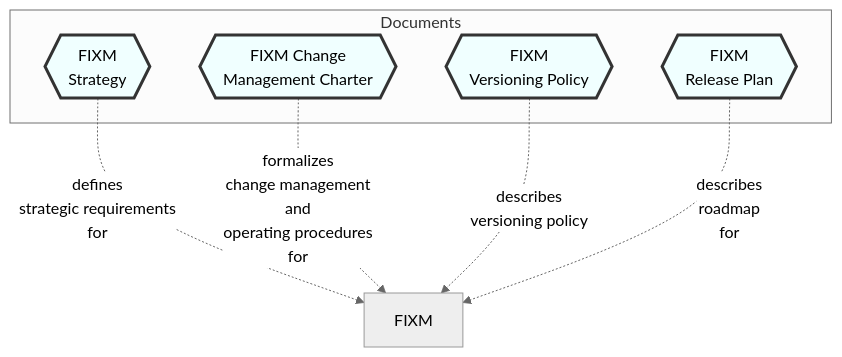
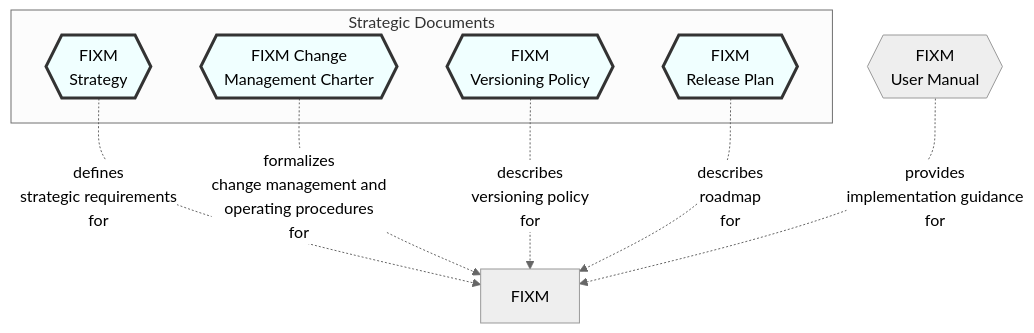
Before and after one commit to hlepori/test_docsify: the diagram in docs/home.md, drawn with Mermaid (neutral theme).

````diff
--- a/docs/home.md
+++ b/docs/home.md
@@ -5,24 +5,26 @@
 ```mermaid
 graph TD
 
 FIXM
+USERMANUAL{{FIXM<br>User Manual}}
 
-subgraph Documents
+subgraph Strategic Documents
 STRATEGY{{FIXM<br>Strategy}}
 CHARTER{{FIXM Change<br>Management Charter}}
 VERSIONING{{FIXM<br>Versioning Policy}}
 RELEASEPLAN{{FIXM<br>Release Plan}}
 end
 
 STRATEGY-. defines<br>strategic requirements<br>for .-> FIXM
-CHARTER-.  formalizes<br>change management<br>and<br>operating procedures<br>for .-> FIXM
-VERSIONING-. describes<br>versioning policy .-> FIXM
+CHARTER-.  formalizes<br>change management and<br>operating procedures<br>for .-> FIXM
+VERSIONING-. describes<br>versioning policy<br>for .-> FIXM
 RELEASEPLAN-. describes<br>roadmap<br>for .-> FIXM
+USERMANUAL-. provides<br>implementation guidance<br>for .-> FIXM
 
 style STRATEGY fill:#F0FFFF,stroke:#333,stroke-width:3px
 style CHARTER fill:#F0FFFF,stroke:#333,stroke-width:3px
 style VERSIONING fill:#F0FFFF,stroke:#333,stroke-width:3px
 style RELEASEPLAN fill:#F0FFFF,stroke:#333,stroke-width:3px
 
 click STRATEGY "https://ost.eurocontrol.int/sites/FIXM/Lists/Bug%20reports/AllItems.aspx" "Go to the FIXM Strategy" _blank
 ```
````
